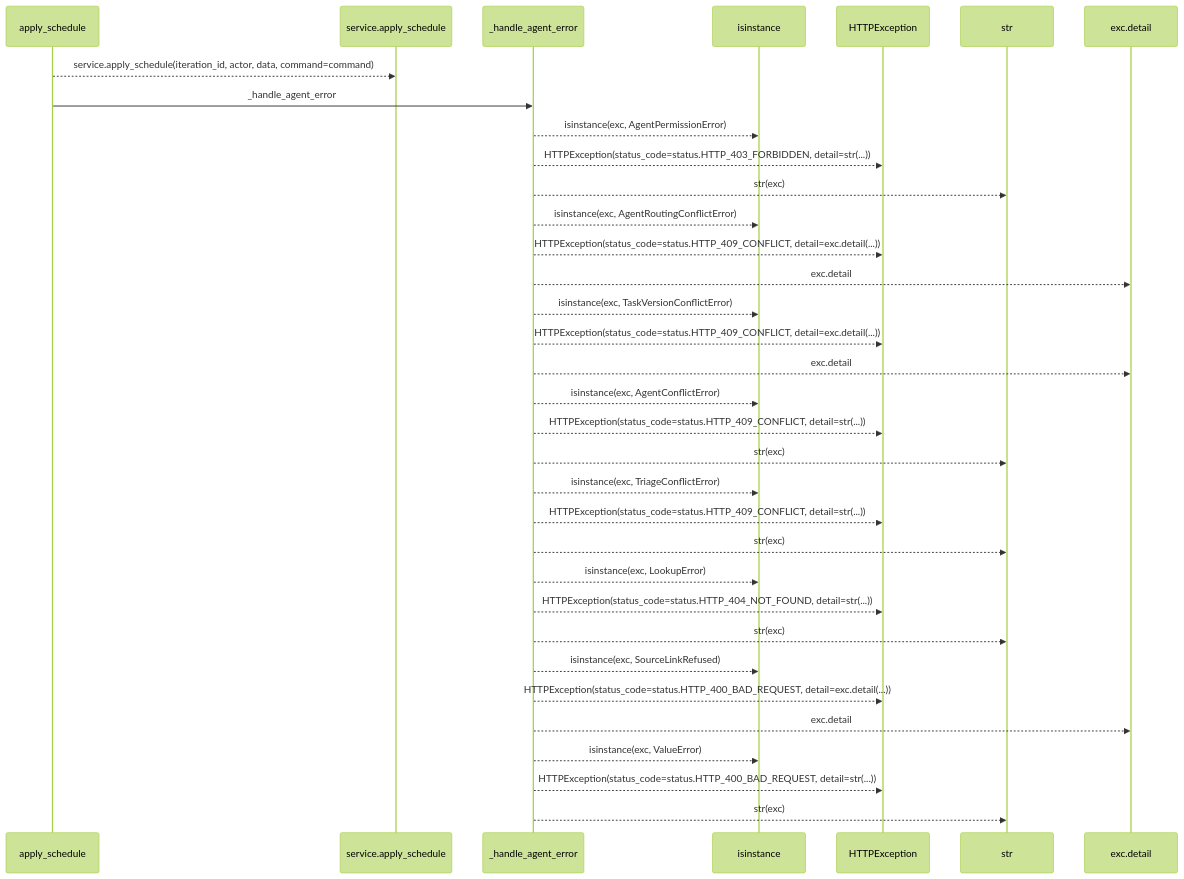
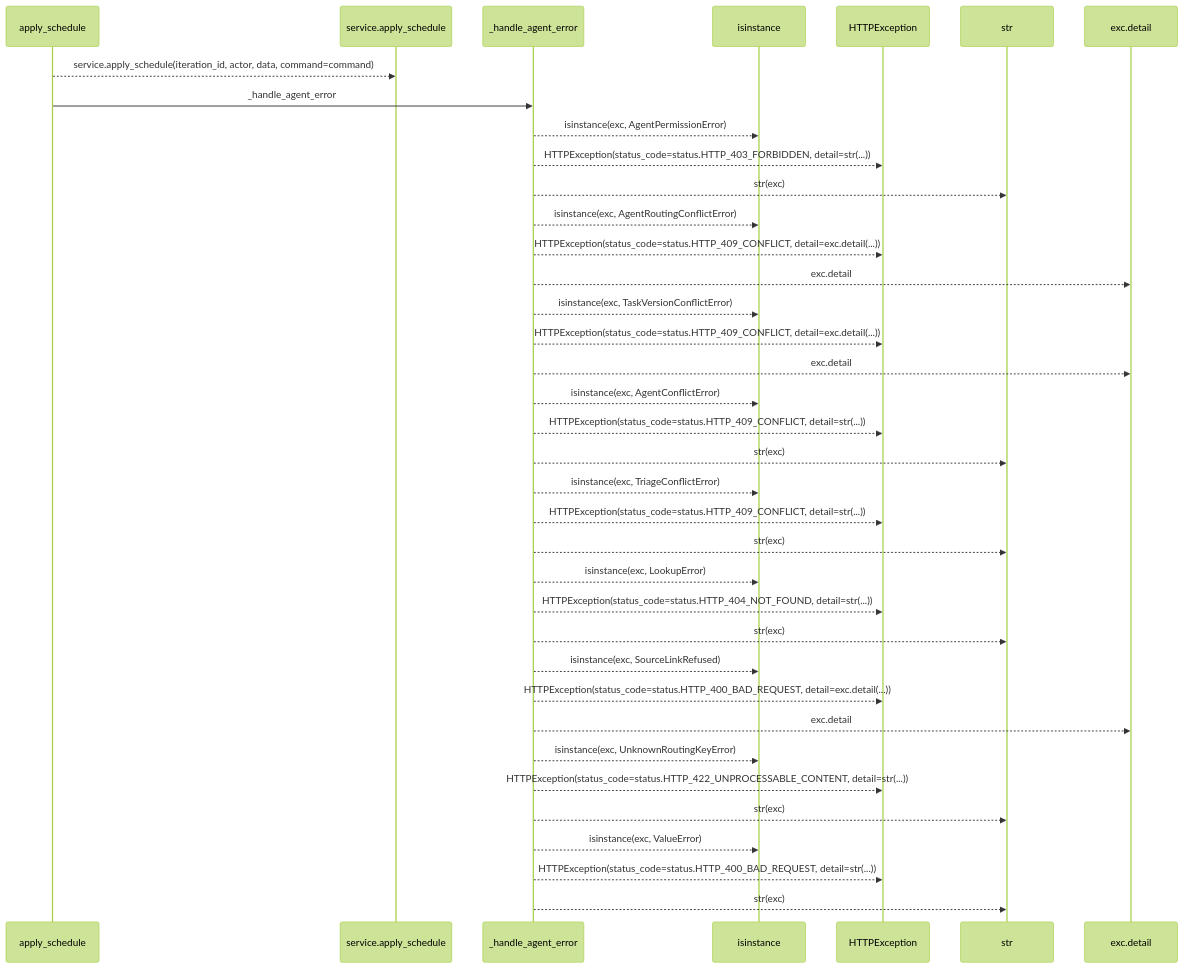
The first of 2 diagrams in docs/llm_wiki/flows/http-apply_schedule.md (Denissvgn/WorkChord), drawn with Mermaid (forest theme) before and after one commit. The commit also changed other lines of this file and 911 other files, not shown here.

Commit message:
Sync the architectural wiki for deployment qualification keys

````diff
--- a/docs/llm_wiki/flows/http-apply_schedule.md
+++ b/docs/llm_wiki/flows/http-apply_schedule.md
@@ -12,36 +12,39 @@
 ```mermaid
 sequenceDiagram
     participant p0 as apply_schedule
     participant p1 as service.apply_schedule
     participant p2 as _handle_agent_error
     participant p3 as isinstance
     participant p4 as HTTPException
     participant p5 as str
     participant p6 as exc.detail
     p0-->>p1: service.apply_schedule(iteration_id, actor, data, command=command)
     p0->>p2: _handle_agent_error
     p2-->>p3: isinstance(exc, AgentPermissionError)
     p2-->>p4: HTTPException(status_code=status.HTTP_403_FORBIDDEN, detail=str(...))
     p2-->>p5: str(exc)
     p2-->>p3: isinstance(exc, AgentRoutingConflictError)
     p2-->>p4: HTTPException(status_code=status.HTTP_409_CONFLICT, detail=exc.detail(...))
     p2-->>p6: exc.detail
     p2-->>p3: isinstance(exc, TaskVersionConflictError)
     p2-->>p4: HTTPException(status_code=status.HTTP_409_CONFLICT, detail=exc.detail(...))
     p2-->>p6: exc.detail
     p2-->>p3: isinstance(exc, AgentConflictError)
     p2-->>p4: HTTPException(status_code=status.HTTP_409_CONFLICT, detail=str(...))
     p2-->>p5: str(exc)
     p2-->>p3: isinstance(exc, TriageConflictError)
     p2-->>p4: HTTPException(status_code=status.HTTP_409_CONFLICT, detail=str(...))
     p2-->>p5: str(exc)
     p2-->>p3: isinstance(exc, LookupError)
     p2-->>p4: HTTPException(status_code=status.HTTP_404_NOT_FOUND, detail=str(...))
     p2-->>p5: str(exc)
     p2-->>p3: isinstance(exc, SourceLinkRefused)
     p2-->>p4: HTTPException(status_code=status.HTTP_400_BAD_REQUEST, detail=exc.detail(...))
     p2-->>p6: exc.detail
+    p2-->>p3: isinstance(exc, UnknownRoutingKeyError)
+    p2-->>p4: HTTPException(status_code=status.HTTP_422_UNPROCESSABLE_CONTENT, detail=str(...))
+    p2-->>p5: str(exc)
     p2-->>p3: isinstance(exc, ValueError)
     p2-->>p4: HTTPException(status_code=status.HTTP_400_BAD_REQUEST, detail=str(...))
     p2-->>p5: str(exc)
 ```
````
